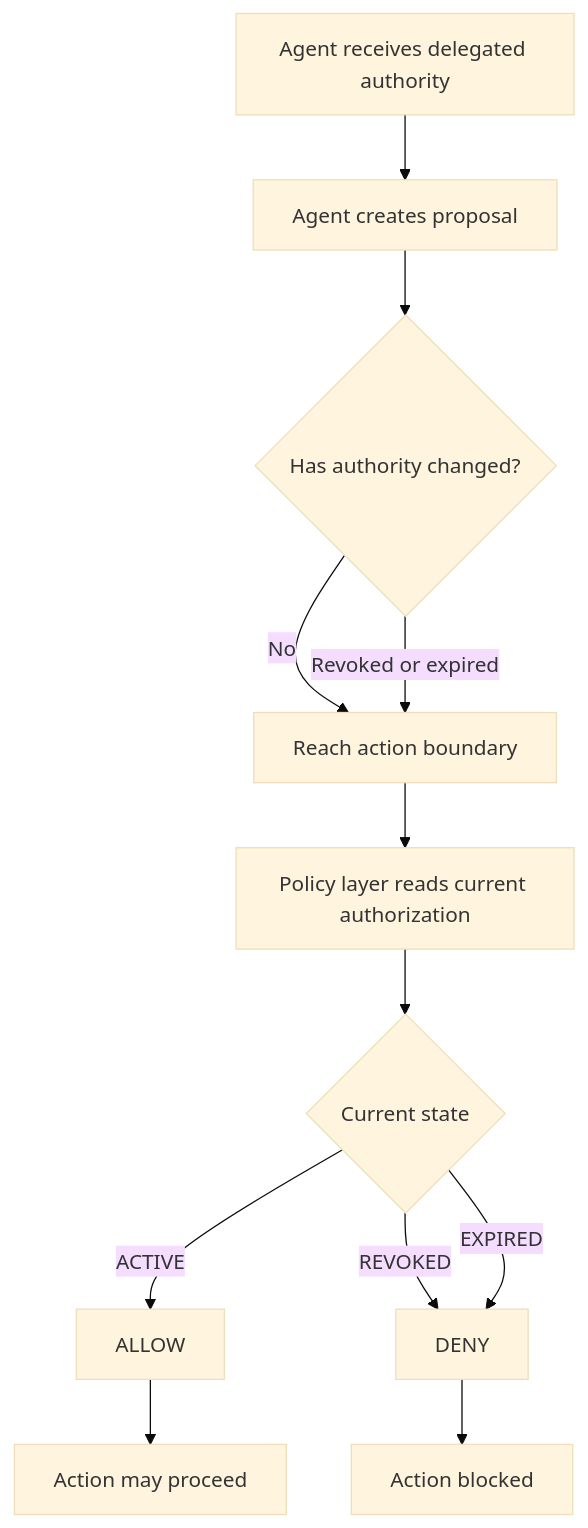
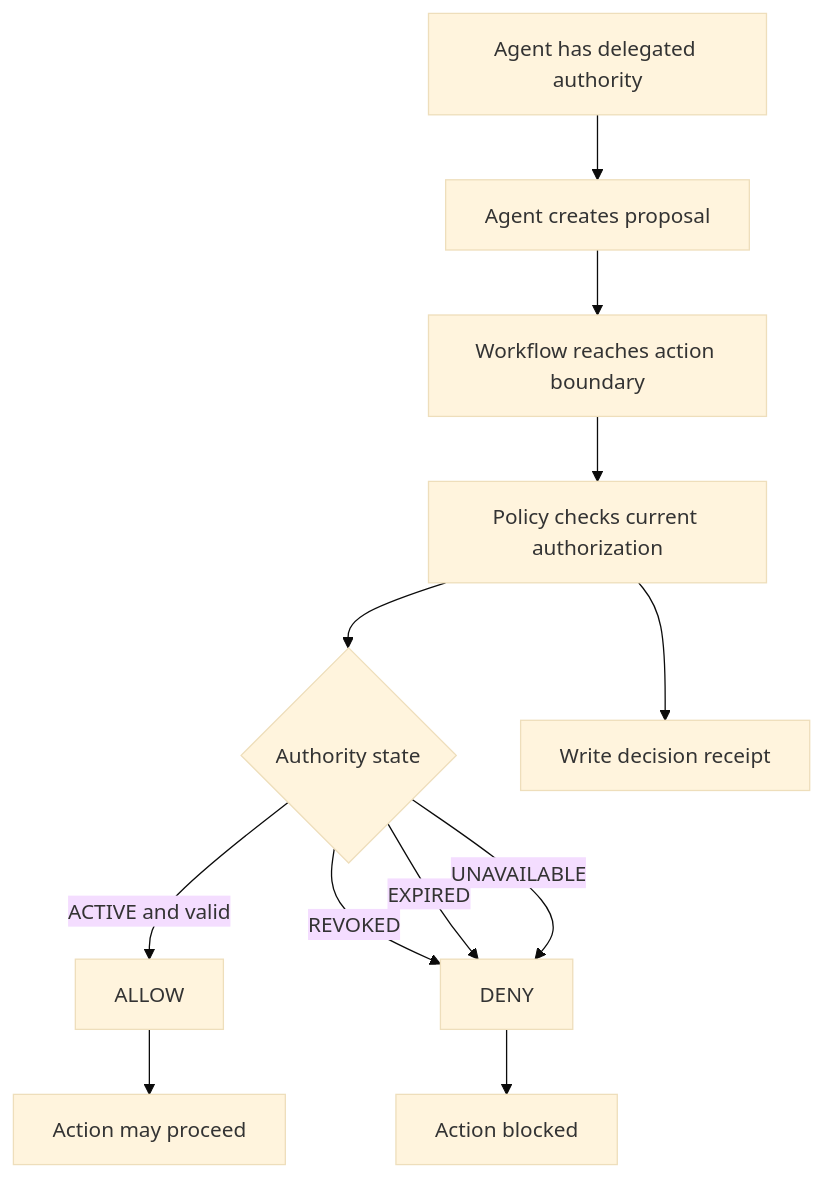
One commit to Gradensal/gl-003-revocation-test changed the second of 2 diagrams in README.md. Above: the diagram before and after it, drawn with Mermaid (base theme). The commit also changed other lines of this file and 3 other files, not shown here.

````diff
--- a/README.md
+++ b/README.md
@@ -194,14 +167,14 @@
 ```mermaid
 flowchart TD
-    A[Agent receives delegated authority] --> B[Agent creates proposal]
-    B --> C{Has authority changed?}
-    C -->|No| D[Reach action boundary]
-    C -->|Revoked or expired| D
-    D --> E[Policy layer reads current authorization]
-    E --> F{Current state}
-    F -->|ACTIVE| G[ALLOW]
-    F -->|REVOKED| H[DENY]
-    F -->|EXPIRED| H
-    G --> I[Action may proceed]
-    H --> J[Action blocked]
+    A[Agent has delegated authority] --> B[Agent creates proposal]
+    B --> C[Workflow reaches action boundary]
+    C --> D[Policy checks current authorization]
+    D --> E{Authority state}
+    E -->|ACTIVE and valid| F[ALLOW]
+    E -->|REVOKED| G[DENY]
+    E -->|EXPIRED| G
+    E -->|UNAVAILABLE| G
+    F --> H[Action may proceed]
+    G --> I[Action blocked]
+    D --> J[Write decision receipt]
 ```
````
